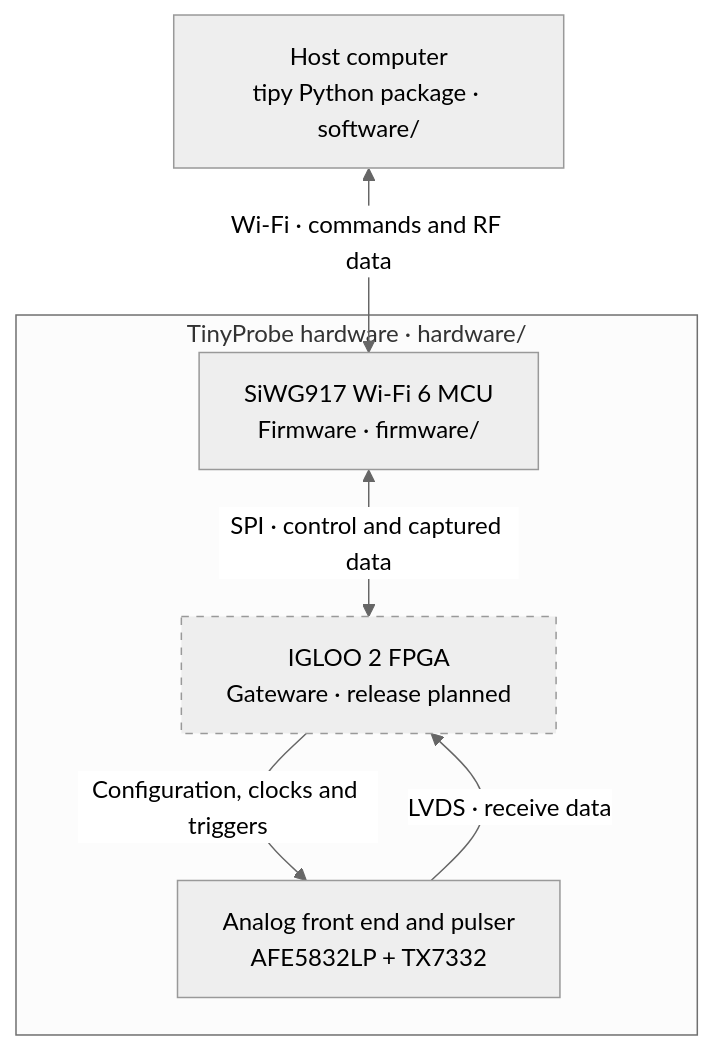
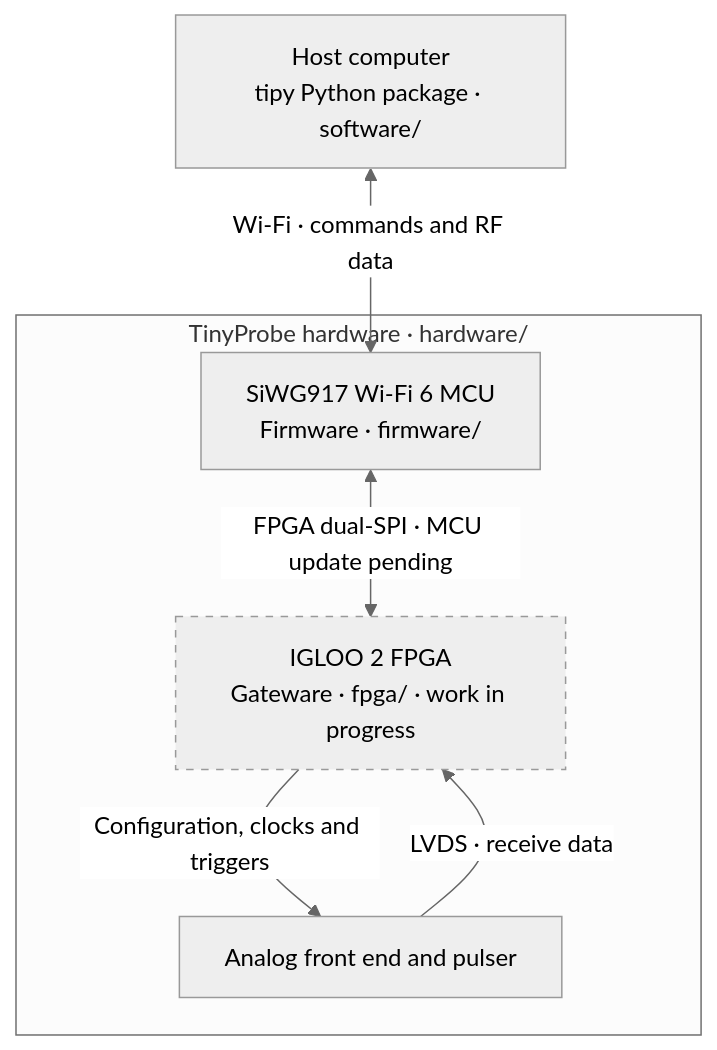
Before and after one commit to pulp-bio/TinyProbe: the diagram in README.md, drawn with Mermaid (neutral theme). The commit also changed other lines of this file and 57 other files, not shown here.

First line of the commit message:
fpga: clean up gateware and fix 600 Mbps AFE capture

````diff
--- a/README.md
+++ b/README.md
@@ -48,18 +70,18 @@
 ```mermaid
 flowchart TB
     Host["Host computer<br/>tipy Python package · software/"]
 
     subgraph Probe["TinyProbe hardware · hardware/"]
         MCU["SiWG917 Wi-Fi 6 MCU<br/>Firmware · firmware/"]
-        FPGA["IGLOO 2 FPGA<br/>Gateware · release planned"]
-        Analog["Analog front end and pulser<br/>AFE5832LP + TX7332"]
+        FPGA["IGLOO 2 FPGA<br/>Gateware · fpga/ · work in progress"]
+        Analog["Analog front end and pulser<br/>"]
 
-        MCU <-->|"SPI · control and captured data"| FPGA
+        MCU <-->|"FPGA dual-SPI · MCU update pending"| FPGA
         FPGA -->|"Configuration, clocks and triggers"| Analog
         Analog -->|"LVDS · receive data"| FPGA
     end
 
     Host <-->|"Wi-Fi · commands and RF data"| MCU
 
     style FPGA stroke-dasharray: 5 5
 ```
````
